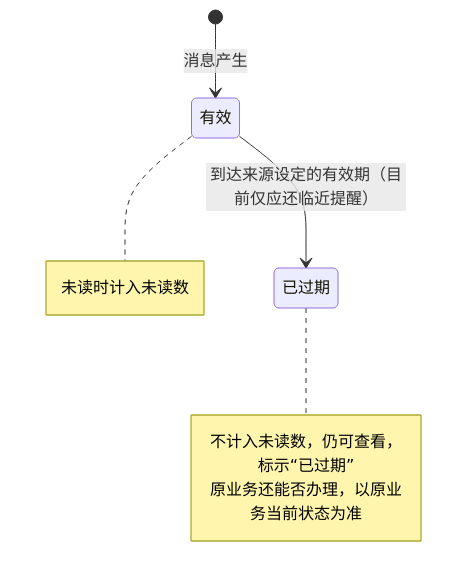
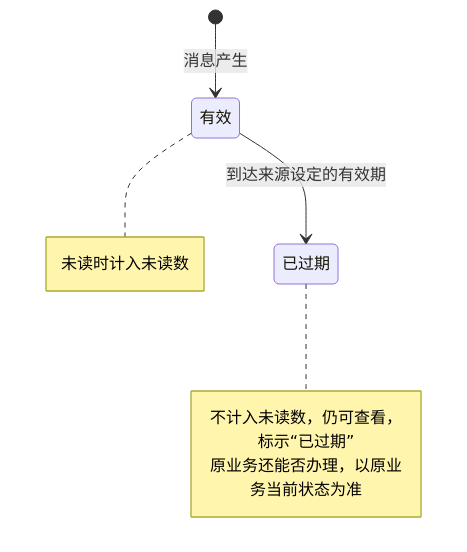
One commit to wxblockchain/Chain-Financing changed the sixth of 8 diagrams in lending-platform/PRD/面客端/10-面客消息中心/02-面客消息中心-流程图与状态机.md. Above: the diagram before and after it, drawn with Mermaid. The commit also changed 4 other files, not shown here.

````diff
--- a/lending-platform/PRD/面客端/10-面客消息中心/02-面客消息中心-流程图与状态机.md
+++ b/lending-platform/PRD/面客端/10-面客消息中心/02-面客消息中心-流程图与状态机.md
@@ -130,12 +130,12 @@
 ```mermaid
 stateDiagram-v2
     [*] --> 有效: 消息产生
-    有效 --> 已过期: 到达来源设定的有效期（目前仅应还临近提醒）
+    有效 --> 已过期: 到达来源设定的有效期
     note right of 有效
         未读时计入未读数
     end note
     note right of 已过期
         不计入未读数，仍可查看，标示“已过期”
         原业务还能否办理，以原业务当前状态为准
     end note
 ```
````
